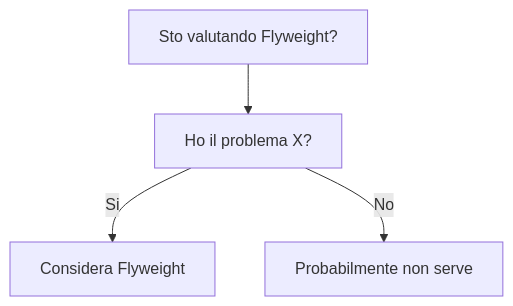
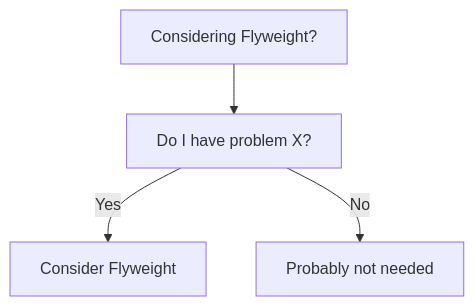
Before and after one commit to HxT9/Software-Dev-Wiki: the diagram in dev-wiki/03_Design_Patterns/Structural/Flyweight/When_To_Use.md, drawn with Mermaid. The commit also changed other lines of this file and 3444 other files, not shown here.

````diff
--- a/dev-wiki/03_Design_Patterns/Structural/Flyweight/When_To_Use.md
+++ b/dev-wiki/03_Design_Patterns/Structural/Flyweight/When_To_Use.md
@@ -19,6 +19,6 @@
 ```mermaid
 flowchart TD
-  Q[Sto valutando Flyweight?] --> Q1[Ho il problema X?]
-  Q1 -->|Si| OK[Considera Flyweight]
-  Q1 -->|No| NO[Probabilmente non serve]
+  Q[Considering Flyweight?] --> Q1[Do I have problem X?]
+  Q1 -->|Yes| OK[Consider Flyweight]
+  Q1 -->|No| NO[Probably not needed]
 ```
````
